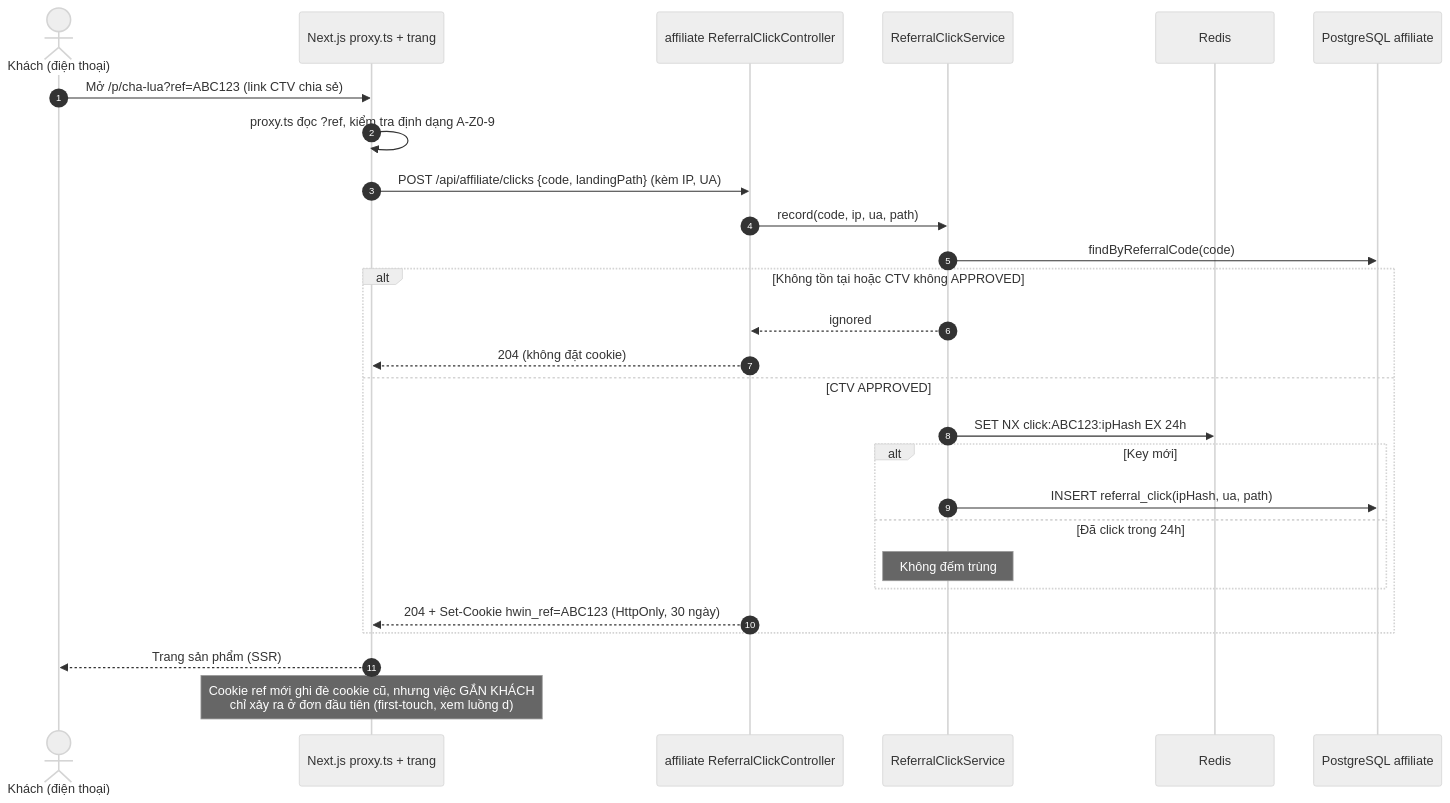
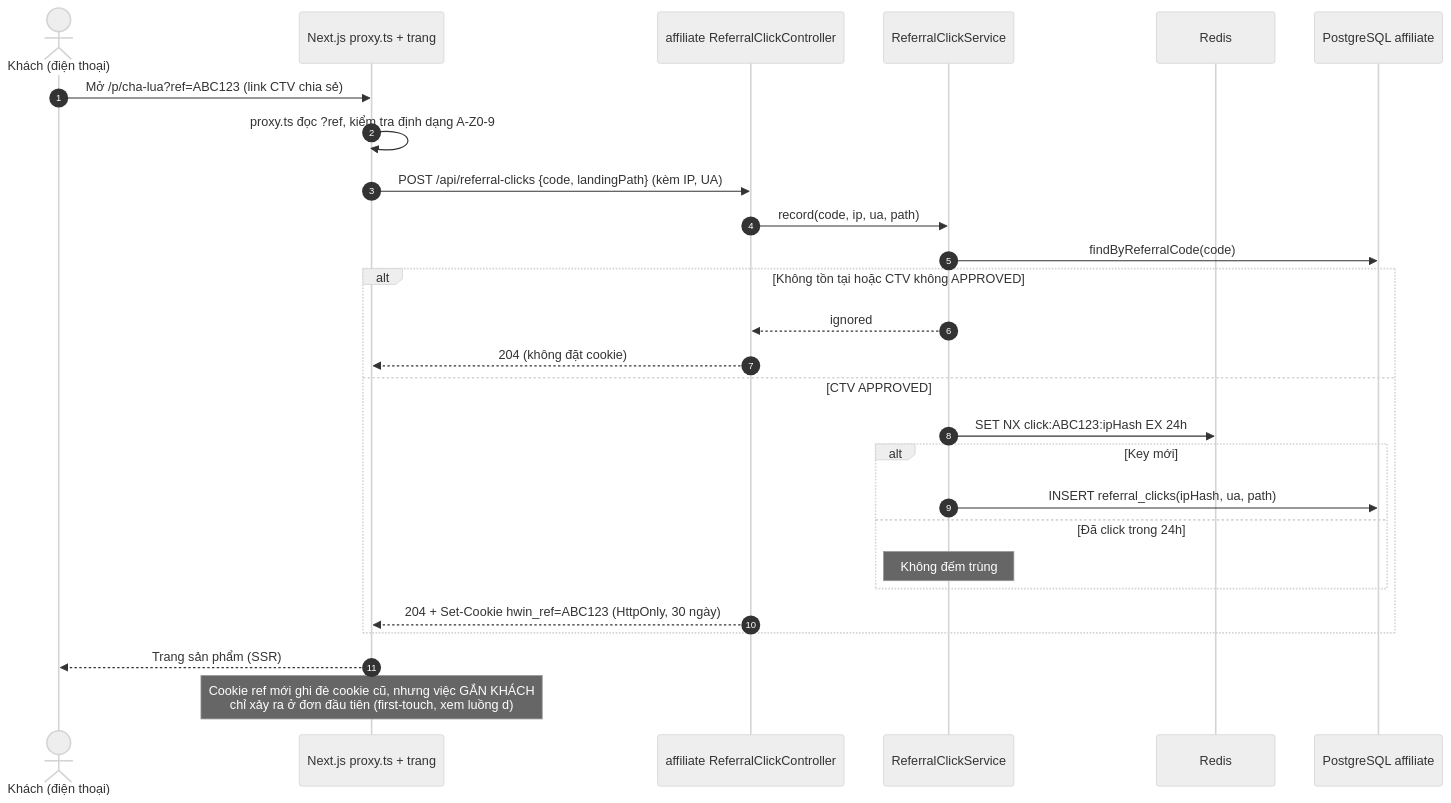
Before and after one commit to Vietnguyen203/Hwingroupweb: the second of 8 diagrams in docs/03-sequence-diagrams.md, drawn with Mermaid (neutral theme). The commit also changed other lines of this file and 415 other files, not shown here.

````diff
--- a/docs/03-sequence-diagrams.md
+++ b/docs/03-sequence-diagrams.md
@@ -99,30 +99,30 @@
 ```mermaid
 sequenceDiagram
     autonumber
     actor K as Khách (điện thoại)
     participant FE as Next.js proxy.ts + trang
     participant RC as affiliate ReferralClickController
     participant RS as ReferralClickService
     participant R as Redis
     participant DB as PostgreSQL affiliate
 
     K->>FE: Mở /p/cha-lua?ref=ABC123 (link CTV chia sẻ)
     FE->>FE: proxy.ts đọc ?ref, kiểm tra định dạng A-Z0-9
-    FE->>RC: POST /api/affiliate/clicks {code, landingPath} (kèm IP, UA)
+    FE->>RC: POST /api/referral-clicks {code, landingPath} (kèm IP, UA)
     RC->>RS: record(code, ip, ua, path)
     RS->>DB: findByReferralCode(code)
     alt Không tồn tại hoặc CTV không APPROVED
         RS-->>RC: ignored
         RC-->>FE: 204 (không đặt cookie)
     else CTV APPROVED
         RS->>R: SET NX click:ABC123:ipHash EX 24h
         alt Key mới
-            RS->>DB: INSERT referral_click(ipHash, ua, path)
+            RS->>DB: INSERT referral_clicks(ipHash, ua, path)
         else Đã click trong 24h
             Note over RS: Không đếm trùng
         end
         RC-->>FE: 204 + Set-Cookie hwin_ref=ABC123 (HttpOnly, 30 ngày)
     end
     FE-->>K: Trang sản phẩm (SSR)
     Note over FE: Cookie ref mới ghi đè cookie cũ, nhưng việc GẮN KHÁCH<br/>chỉ xảy ra ở đơn đầu tiên (first-touch, xem luồng d)
 ```
````
